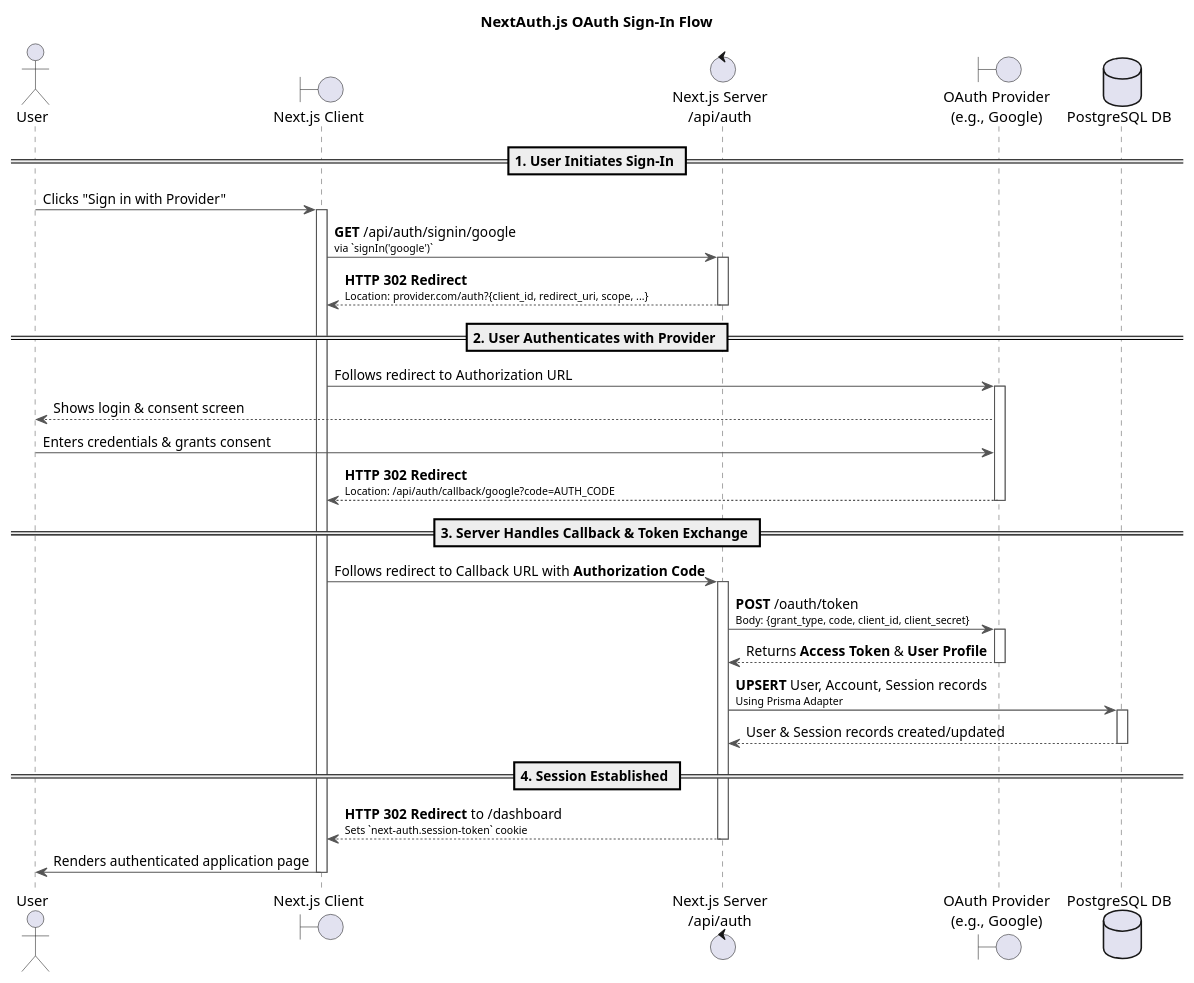
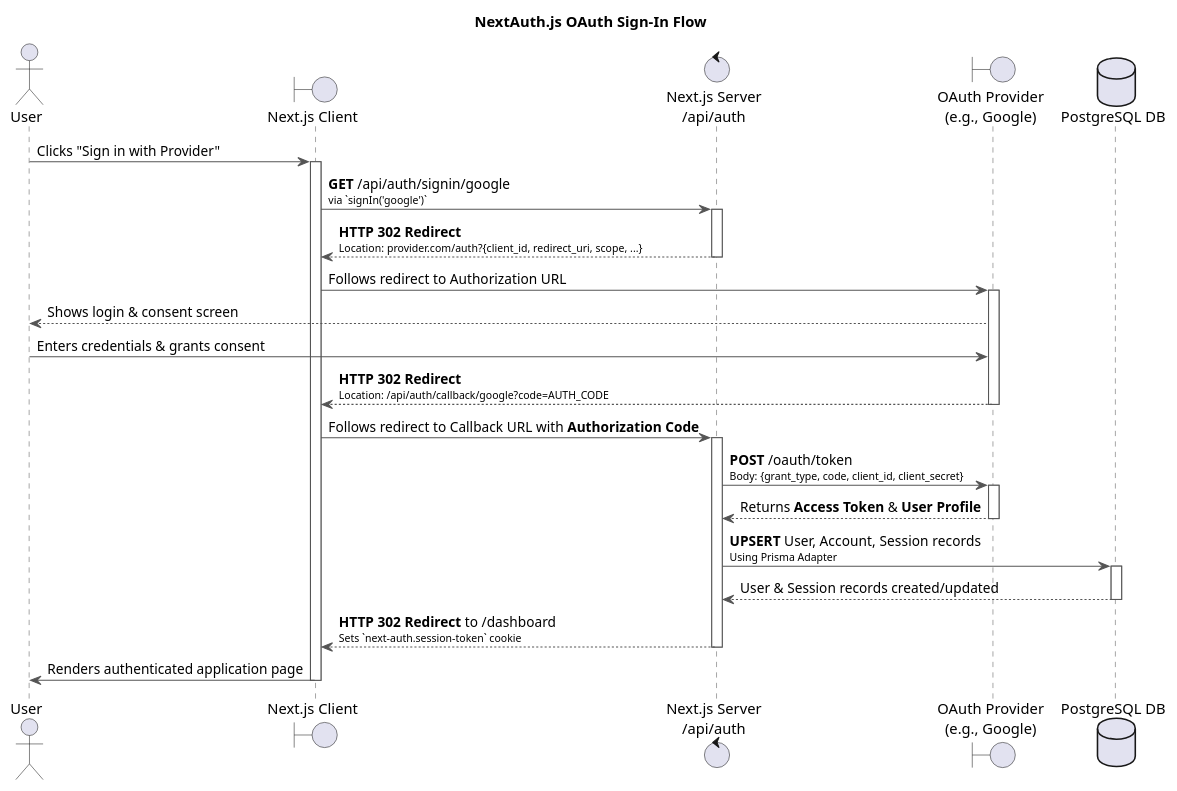
Before and after one commit to souhaib-askri/report_pfe: the diagram in conception/SprintII/sequence_diagrams/sequence_authentication_1_2_AuthenticateUsingGitHubAccount.puml, drawn with PlantUML. The commit also changed 62 other files, not shown here.

```diff
--- a/conception/SprintII/sequence_diagrams/sequence_authentication_1_2_AuthenticateUsingGitHubAccount.puml
+++ b/conception/SprintII/sequence_diagrams/sequence_authentication_1_2_AuthenticateUsingGitHubAccount.puml
@@ -1,55 +1,51 @@
 @startuml
 title NextAuth.js OAuth Sign-In Flow
 
 actor User
 boundary "Next.js Client" as Client
 control "Next.js Server\n/api/auth" as Server
 boundary "OAuth Provider\n(e.g., Google)" as Provider
 database "PostgreSQL DB" as DB
 
 skinparam sequence {
     ArrowColor #555
     ActorBorderColor #555
     LifeLineBorderColor #555
     ParticipantBorderColor #007bff
     DatabaseBorderColor #d9534f
     ControlBorderColor #5cb85c
     BoundaryBorderColor #f0ad4e
 }
 
-== 1. User Initiates Sign-In ==
 User -> Client: Clicks "Sign in with Provider"
 activate Client
 Client -> Server: **GET** /api/auth/signin/google\n<font size=10>via `signIn('google')`</font>
 activate Server
 Server --> Client: **HTTP 302 Redirect**\n<font size=10>Location: provider.com/auth?{client_id, redirect_uri, scope, ...}</font>
 deactivate Server
 
-== 2. User Authenticates with Provider ==
 Client -> Provider: Follows redirect to Authorization URL
 activate Provider
 Provider --> User: Shows login & consent screen
 User -> Provider: Enters credentials & grants consent
 Provider --> Client: **HTTP 302 Redirect**\n<font size=10>Location: /api/auth/callback/google?code=AUTH_CODE</font>
 deactivate Provider
 
-== 3. Server Handles Callback & Token Exchange ==
 Client -> Server: Follows redirect to Callback URL with **Authorization Code**
 activate Server
 Server -> Provider: **POST** /oauth/token\n<font size=10>Body: {grant_type, code, client_id, client_secret}</font>
 activate Provider
 Provider --> Server: Returns **Access Token** & **User Profile**
 deactivate Provider
 
 Server -> DB: **UPSERT** User, Account, Session records\n<font size=10>Using Prisma Adapter</font>
 activate DB
 DB --> Server: User & Session records created/updated
 deactivate DB
 
-== 4. Session Established ==
 Server --> Client: **HTTP 302 Redirect** to /dashboard\n<font size=10>Sets `next-auth.session-token` cookie</font>
 deactivate Server
 Client -> User: Renders authenticated application page
 deactivate Client
 
 @enduml
```
